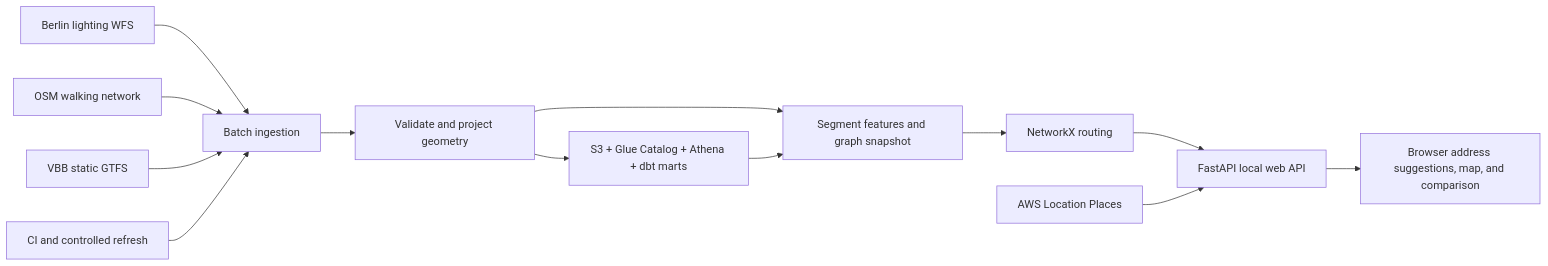
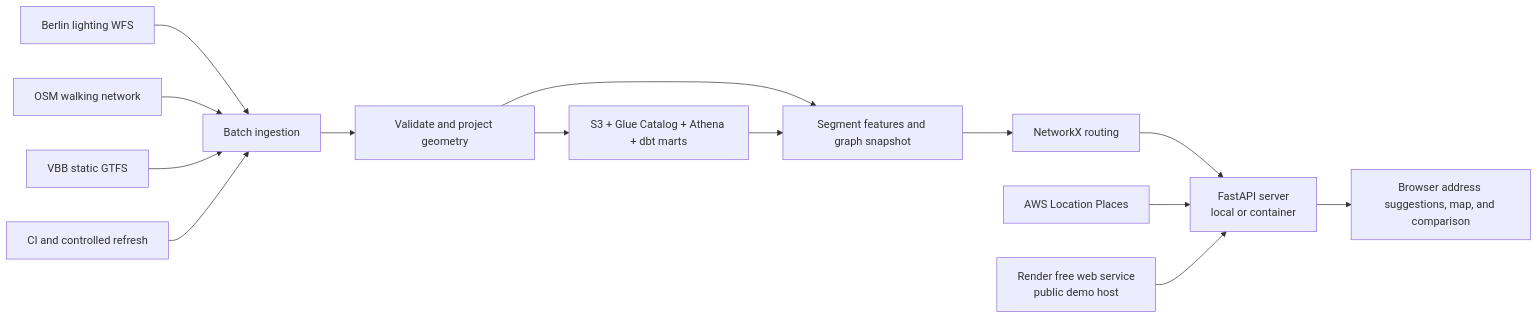
One commit to IshmitaBasu/HerRoute changed the diagram in docs/architecture.md. Above: the diagram before and after it, drawn with Mermaid. The commit also changed other lines of this file and 5 other files, not shown here.

````diff
--- a/docs/architecture.md
+++ b/docs/architecture.md
@@ -5,15 +5,16 @@
 ```mermaid
 flowchart LR
   A[Berlin lighting WFS] --> B[Batch ingestion]
   C[OSM walking network] --> B
   D[VBB static GTFS] --> B
   B --> E[Validate and project geometry]
   E --> F[Segment features and graph snapshot]
   E --> G[S3 + Glue Catalog + Athena + dbt marts]
   G --> F
   F --> H[NetworkX routing]
-  H --> I[FastAPI local web API]
+  H --> I[FastAPI server<br/>local or container]
   I --> K[Browser address suggestions, map, and comparison]
   L[AWS Location Places] --> I
+  M[Render free web service<br/>public demo host] --> I
   J[CI and controlled refresh] --> B
 ```
````
